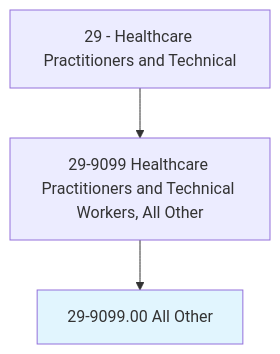
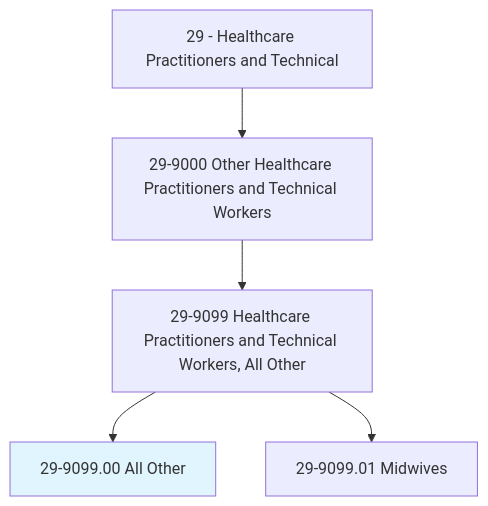
The first of 4 diagrams in occupations/HealthcarePractitioners/HealthcarePractitionersAndTechnicalWorkers.mdx (kziemski/business.org.ai), drawn with Mermaid before and after one commit. The commit also changed other lines of this file, not shown here.

First line of the commit message:
feat: enrich Healthcare Practitioners occupation MDX file

````diff
--- a/occupations/HealthcarePractitioners/HealthcarePractitionersAndTechnicalWorkers.mdx
+++ b/occupations/HealthcarePractitioners/HealthcarePractitionersAndTechnicalWorkers.mdx
@@ -23,6 +23,8 @@
 ```mermaid
 graph TD
-    Cat29["29 - Healthcare Practitioners and Technical"] --> Group299099["29-9099 Healthcare Practitioners and Technical Workers, All Other"]
-    Group299099 --> Current["29-9099.00 All Other"]
+    Cat29["29 - Healthcare Practitioners and Technical"] --> Group299["29-9000 Other Healthcare Practitioners and Technical Workers"]
+    Group299 --> Base9099["29-9099 Healthcare Practitioners and Technical Workers, All Other"]
+    Base9099 --> Current["29-9099.00 All Other"]
+    Base9099 --> Midwives["29-9099.01 Midwives"]
     style Current fill:#e1f5fe
 ```
````
